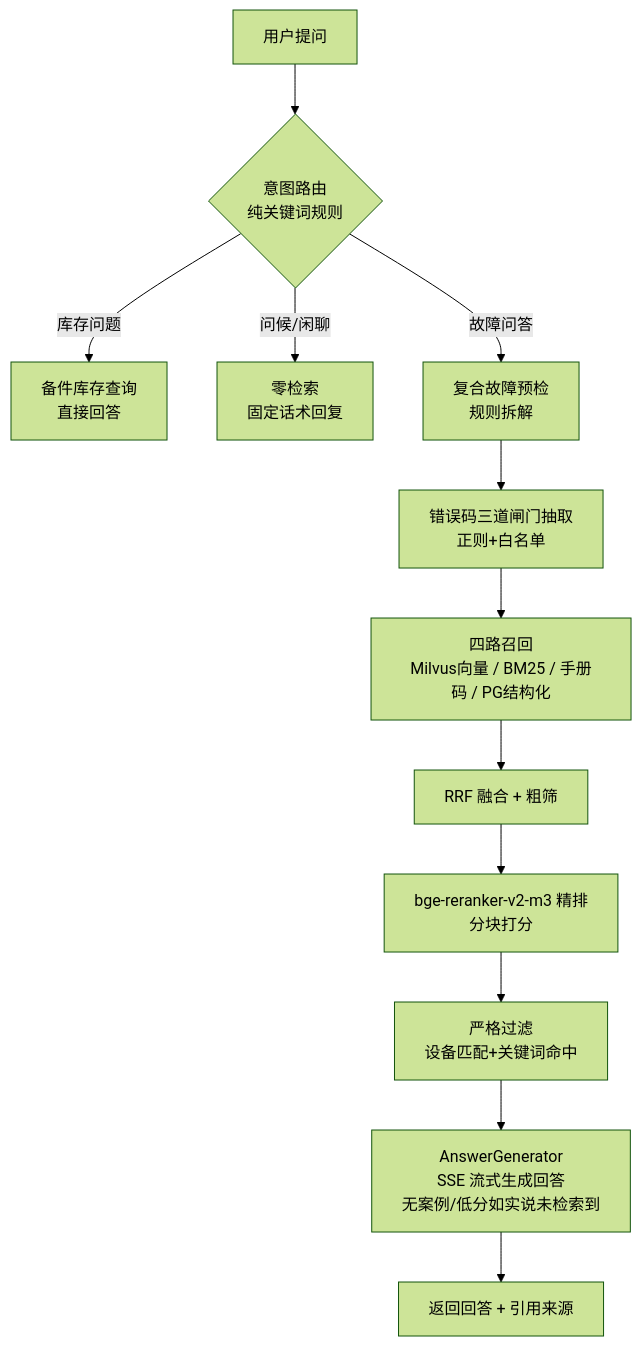
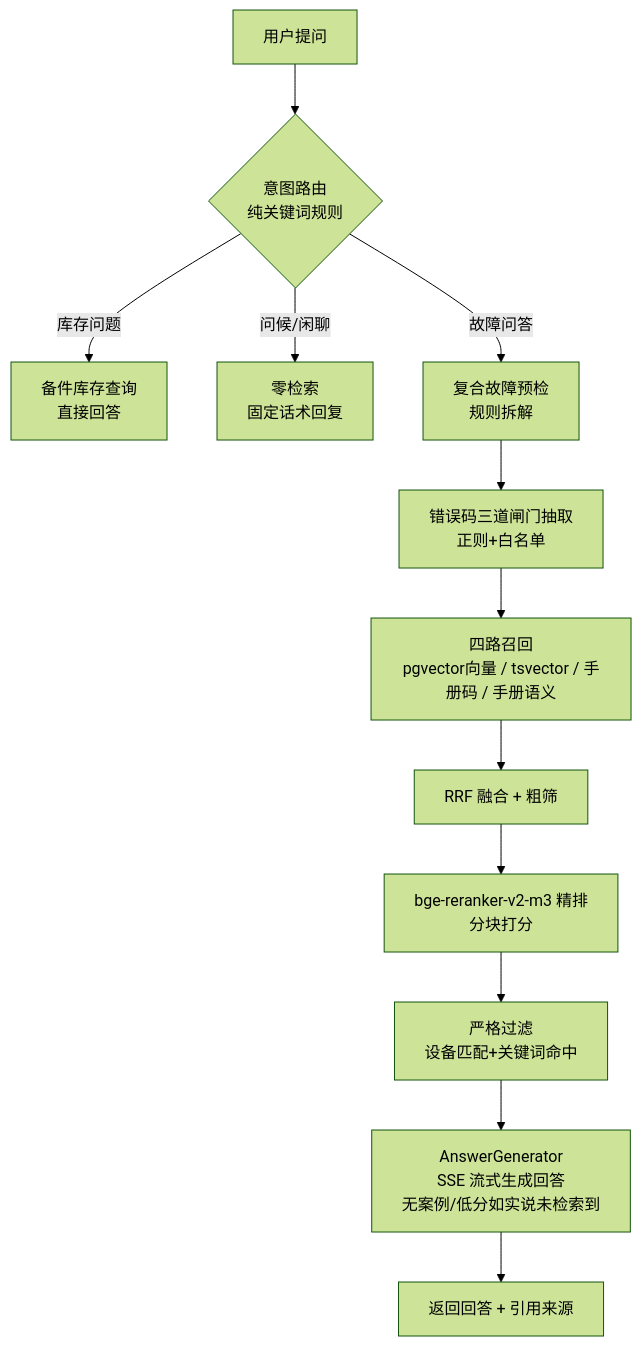
The first of 3 diagrams in README.md (SHUN-EI/Car-Repair-System), drawn with Mermaid (forest theme) before and after one commit. The commit also changed other lines of this file and 34 other files, not shown here.

````diff
--- a/README.md
+++ b/README.md
@@ -184,14 +183,14 @@
 ```mermaid
 flowchart TD
     A[用户提问] --> B{意图路由<br/>纯关键词规则}
     B -- 库存问题 --> C[备件库存查询<br/>直接回答]
     B -- 问候/闲聊 --> D[零检索<br/>固定话术回复]
     B -- 故障问答 --> E[复合故障预检<br/>规则拆解]
     E --> F[错误码三道闸门抽取<br/>正则+白名单]
-    F --> G[四路召回<br/>Milvus向量 / BM25 / 手册码 / PG结构化]
+    F --> G[四路召回<br/>pgvector向量 / tsvector / 手册码 / 手册语义]
     G --> H[RRF 融合 + 粗筛]
     H --> I[bge-reranker-v2-m3 精排<br/>分块打分]
     I --> J[严格过滤<br/>设备匹配+关键词命中]
     J --> K[AnswerGenerator<br/>SSE 流式生成回答<br/>无案例/低分如实说未检索到]
     K --> L[返回回答 + 引用来源]
 ```
````
